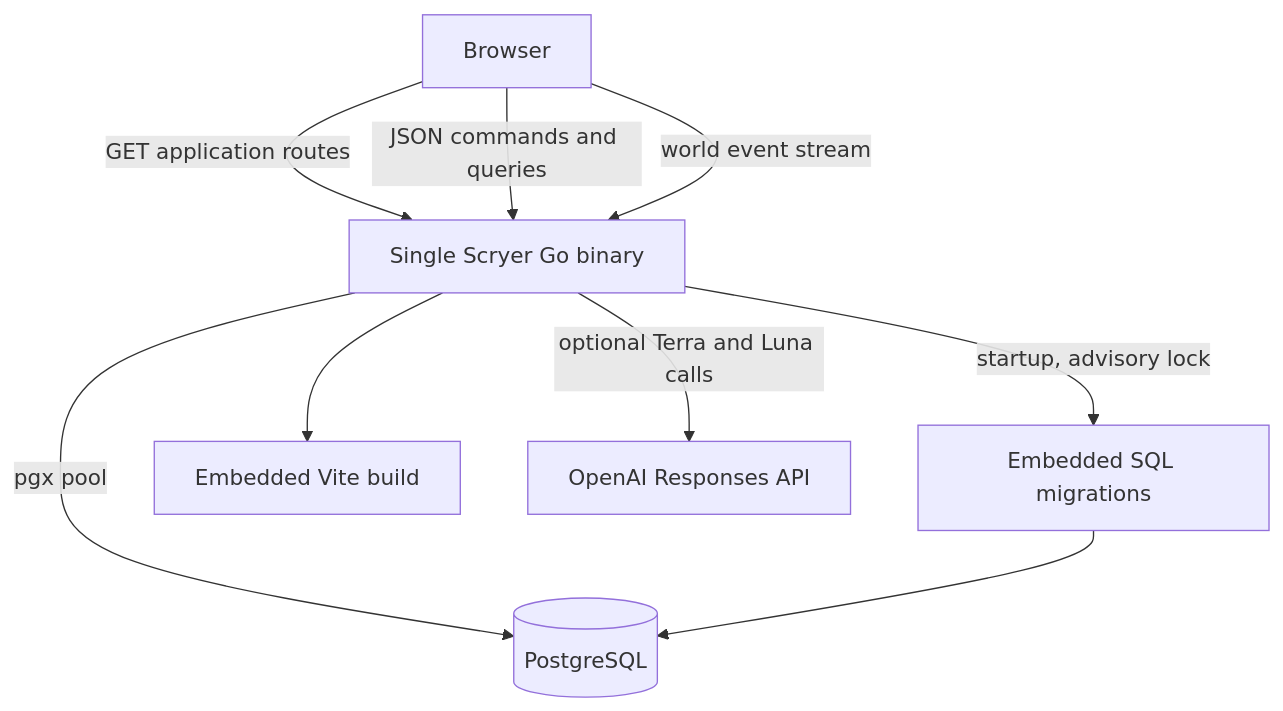
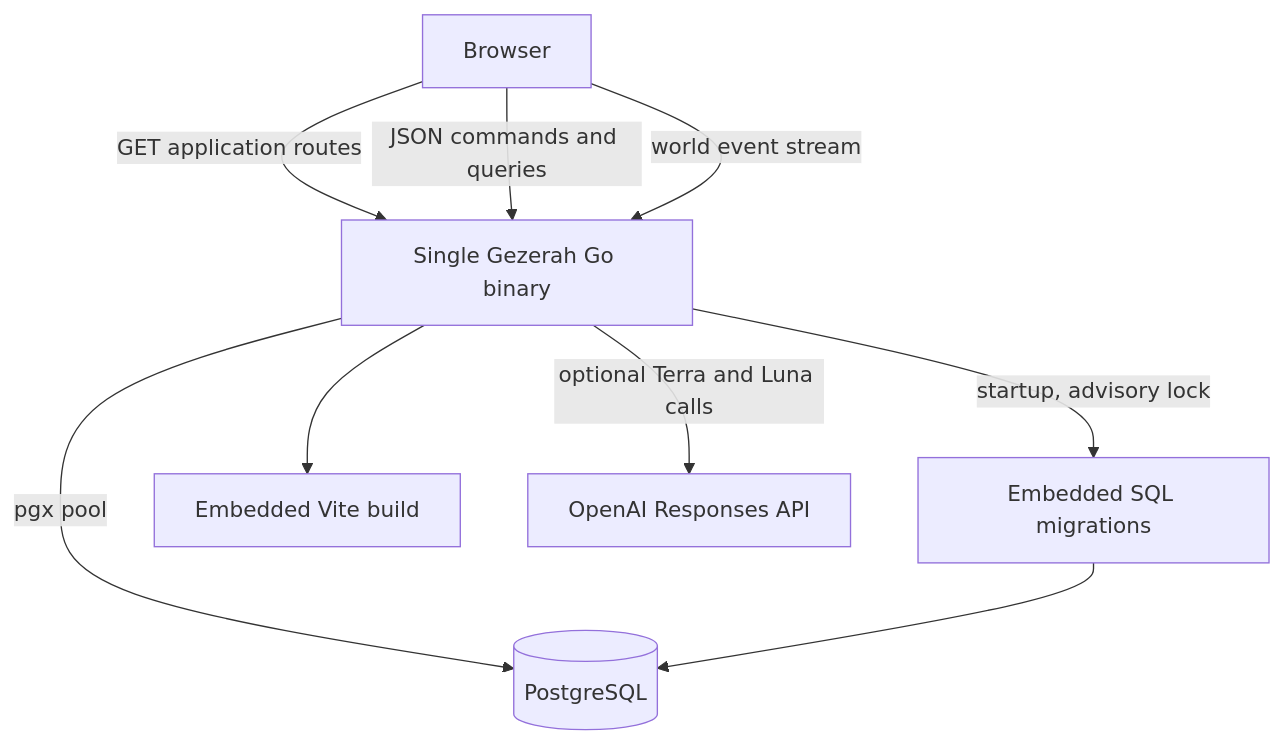
The first of 8 diagrams in docs/architecture.md (JTan2231/gezerah), drawn with Mermaid before and after one commit. The commit also changed other lines of this file and 71 other files, not shown here.

Commit message:
Rename Scryer to Gezerah

````diff
--- a/docs/architecture.md
+++ b/docs/architecture.md
@@ -37,18 +37,18 @@
 ```mermaid
 flowchart TB
     Client[Browser]
-    Binary[Single Scryer Go binary]
+    Binary[Single Gezerah Go binary]
     Migrations[Embedded SQL migrations]
     Static[Embedded Vite build]
     Postgres[(PostgreSQL)]
     OpenAI[OpenAI Responses API]
 
     Client -->|GET application routes| Binary
     Binary --> Static
     Client -->|JSON commands and queries| Binary
     Client -->|world event stream| Binary
     Binary -->|pgx pool| Postgres
     Binary -->|optional Terra and Luna calls| OpenAI
     Binary -->|startup, advisory lock| Migrations
     Migrations --> Postgres
 ```
````
